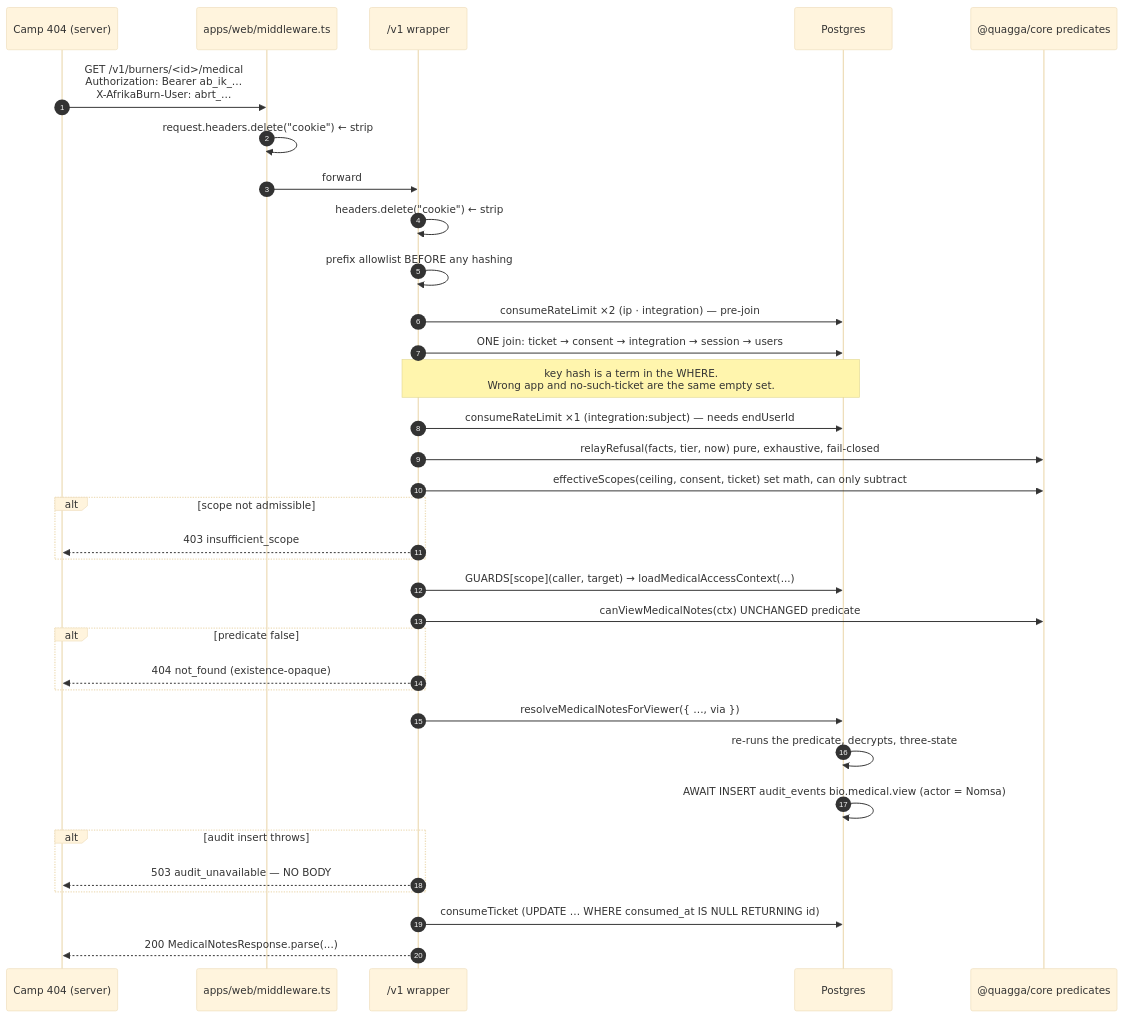
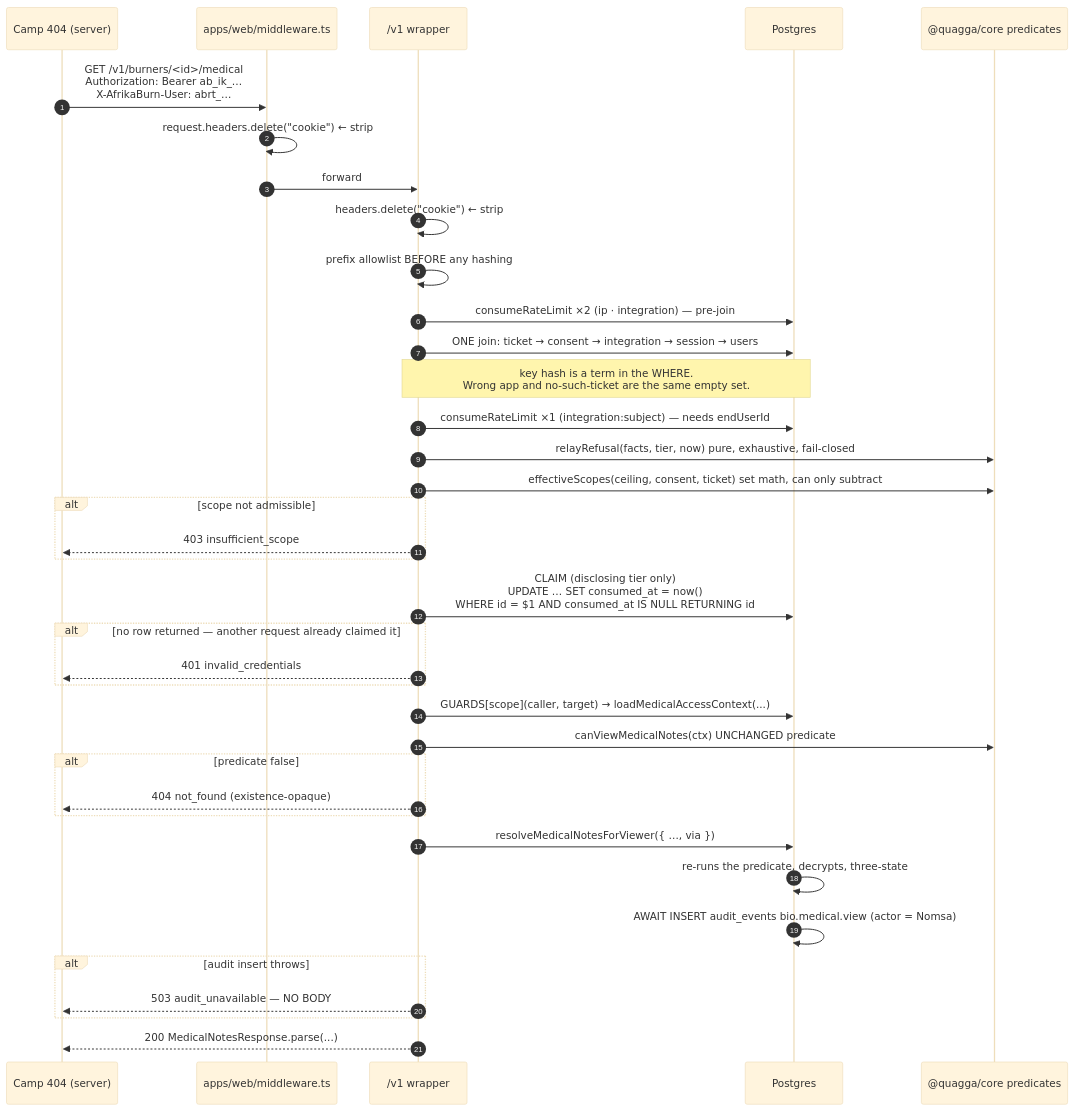
The third of 8 diagrams in docs/sdk/delegation/01-delegated-identity.md (RyRy79261/afrikaburn-contributors-app), drawn with Mermaid (base theme) before and after one commit. The commit also changed other lines of this file and 2 other files, not shown here.

````diff
--- a/docs/sdk/delegation/01-delegated-identity.md
+++ b/docs/sdk/delegation/01-delegated-identity.md
@@ -350,37 +369,40 @@
 ```mermaid
 sequenceDiagram
     autonumber
     participant C4S as Camp 404 (server)
     participant MW as apps/web/middleware.ts
     participant WR as /v1 wrapper
     participant DB as Postgres
     participant CORE as @quagga/core predicates
 
     C4S->>MW: GET /v1/burners/<id>/medical<br/>Authorization: Bearer ab_ik_…<br/>X-AfrikaBurn-User: abrt_…
     MW->>MW: request.headers.delete("cookie")   ← strip #1
     MW->>WR: forward
     WR->>WR: headers.delete("cookie")           ← strip #2
     WR->>WR: prefix allowlist BEFORE any hashing
     WR->>DB: consumeRateLimit ×2 (ip · integration) — pre-join
     WR->>DB: ONE join: ticket → consent → integration → session → users
     Note over WR,DB: key hash is a term in the WHERE.<br/>Wrong app and no-such-ticket are the same empty set.
     WR->>DB: consumeRateLimit ×1 (integration:subject) — needs endUserId
     WR->>CORE: relayRefusal(facts, tier, now)   pure, exhaustive, fail-closed
     WR->>CORE: effectiveScopes(ceiling, consent, ticket)   set math, can only subtract
     alt scope not admissible
         WR-->>C4S: 403 insufficient_scope
     end
+    WR->>DB: CLAIM (disclosing tier only)<br/>UPDATE … SET consumed_at = now()<br/>WHERE id = $1 AND consumed_at IS NULL RETURNING id
+    alt no row returned — another request already claimed it
+        WR-->>C4S: 401 invalid_credentials
+    end
     WR->>DB: GUARDS[scope](caller, target) → loadMedicalAccessContext(...)
     WR->>CORE: canViewMedicalNotes(ctx)         UNCHANGED predicate
     alt predicate false
         WR-->>C4S: 404 not_found  (existence-opaque)
     end
     WR->>DB: resolveMedicalNotesForViewer({ …, via })
     DB->>DB: re-runs the predicate, decrypts, three-state
     DB->>DB: AWAIT INSERT audit_events bio.medical.view (actor = Nomsa)
     alt audit insert throws
         WR-->>C4S: 503 audit_unavailable — NO BODY
     end
-    WR->>DB: consumeTicket (UPDATE … WHERE consumed_at IS NULL RETURNING id)
     WR-->>C4S: 200 MedicalNotesResponse.parse(...)
 ```
````
